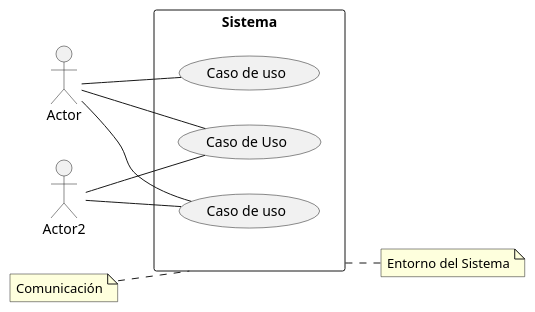
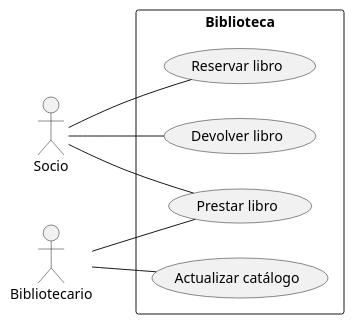
The diagram in src/PlantUML_II.puml (NuriaSan/PlantUML_II_NuriaSanchez), drawn with PlantUML before and after one commit.

Commit message:
Ejemplo Biblioteca

```diff
--- a/src/PlantUML_II.puml
+++ b/src/PlantUML_II.puml
@@ -1,24 +1,21 @@
 @startuml
 left to right direction
-actor "Actor" as ac1
-actor "Actor2" as ac2
+actor "Socio" as so
+actor "Bibliotecario" as bib
 
-rectangle Sistema{
-  usecase "Caso de Uso" as CU1
-  usecase "Caso de uso" as CU2
-  usecase "Caso de uso" as CU3
+rectangle Biblioteca{
+  usecase "Reservar libro" as res
+  usecase "Prestar libro" as pre
+  usecase "Devolver libro" as dev
+  usecase "Actualizar catálogo" as act
 }
+so--res
+so--pre
+so--dev
 
-ac1--CU1
-ac1--CU2
-ac1--CU3
+bib--pre
+bib--act
 
-ac2--CU1
-ac2--CU3
-
-note left of Sistema: Comunicación
-
-note right of Sistema:Entorno del Sistema
 
 
 @enduml
```
